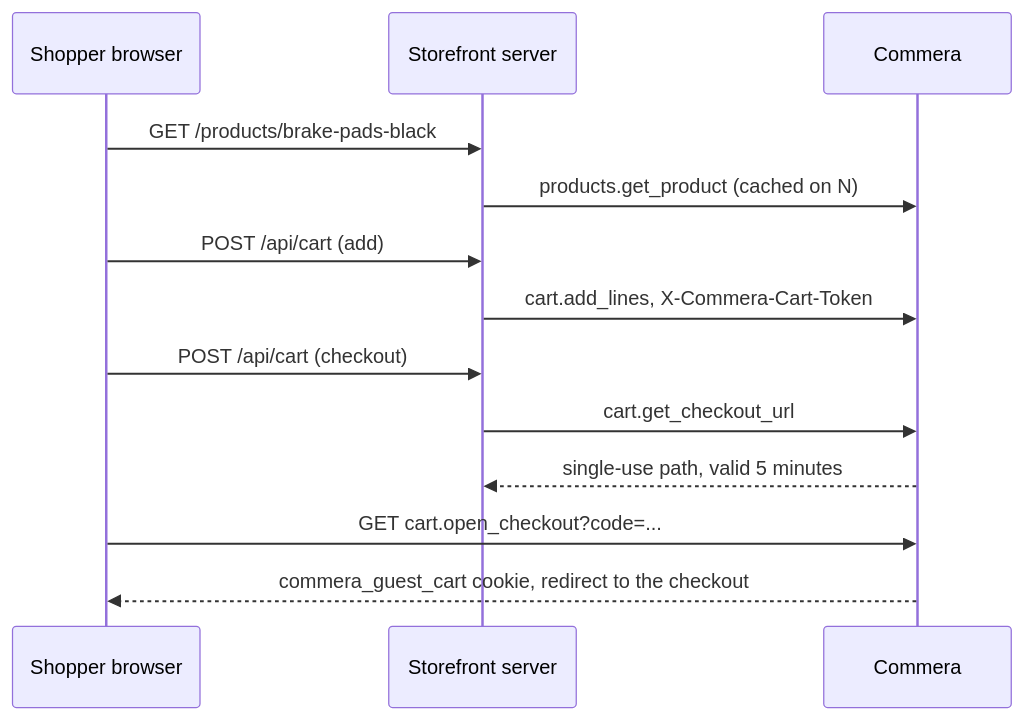
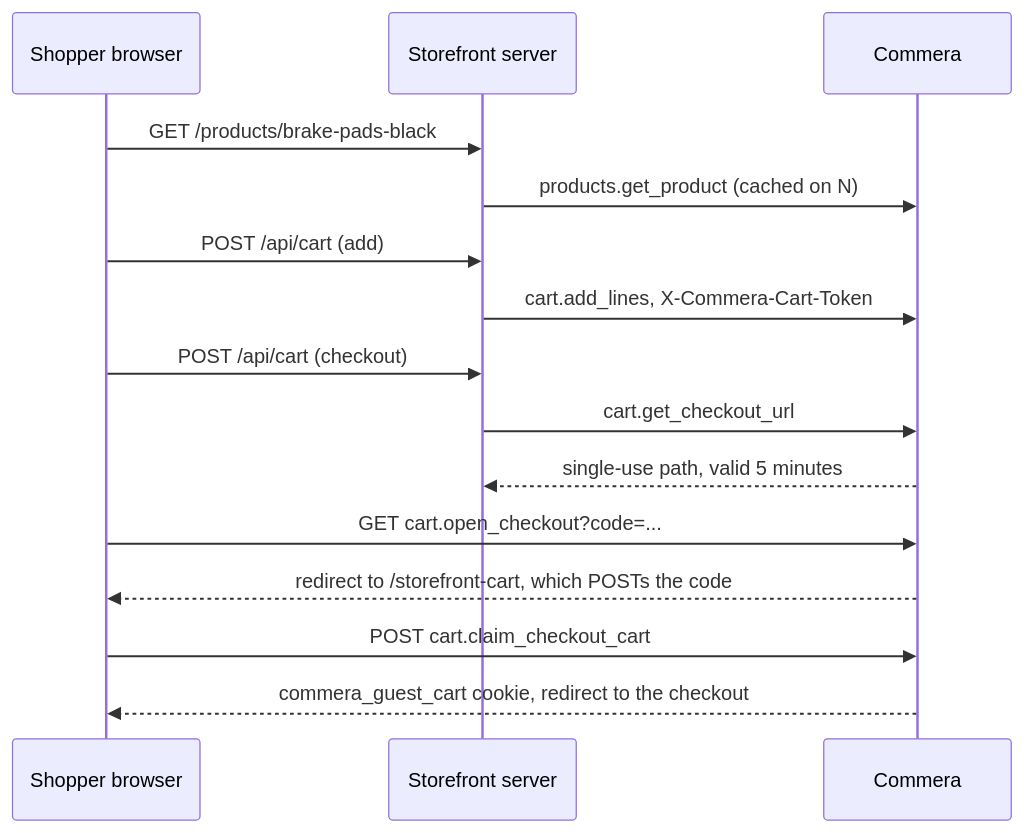
One commit to Brusk-eng/ls_shop changed the first of 2 diagrams in docs/implementation/headless-storefront.md. Above: the diagram before and after it, drawn with Mermaid. The commit also changed other lines of this file and 6 other files, not shown here.

Commit message:
fix(cart): claim a storefront checkout code with a post, never on the get

````diff
--- a/docs/implementation/headless-storefront.md
+++ b/docs/implementation/headless-storefront.md
@@ -32,15 +32,17 @@
 ```mermaid
 sequenceDiagram
   participant B as Shopper browser
   participant N as Storefront server
   participant C as Commera
   B->>N: GET /products/brake-pads-black
   N->>C: products.get_product (cached on N)
   B->>N: POST /api/cart (add)
   N->>C: cart.add_lines, X-Commera-Cart-Token
   B->>N: POST /api/cart (checkout)
   N->>C: cart.get_checkout_url
   C-->>N: single-use path, valid 5 minutes
   B->>C: GET cart.open_checkout?code=...
+  C-->>B: redirect to /storefront-cart, which POSTs the code
+  B->>C: POST cart.claim_checkout_cart
   C-->>B: commera_guest_cart cookie, redirect to the checkout
 ```
````
